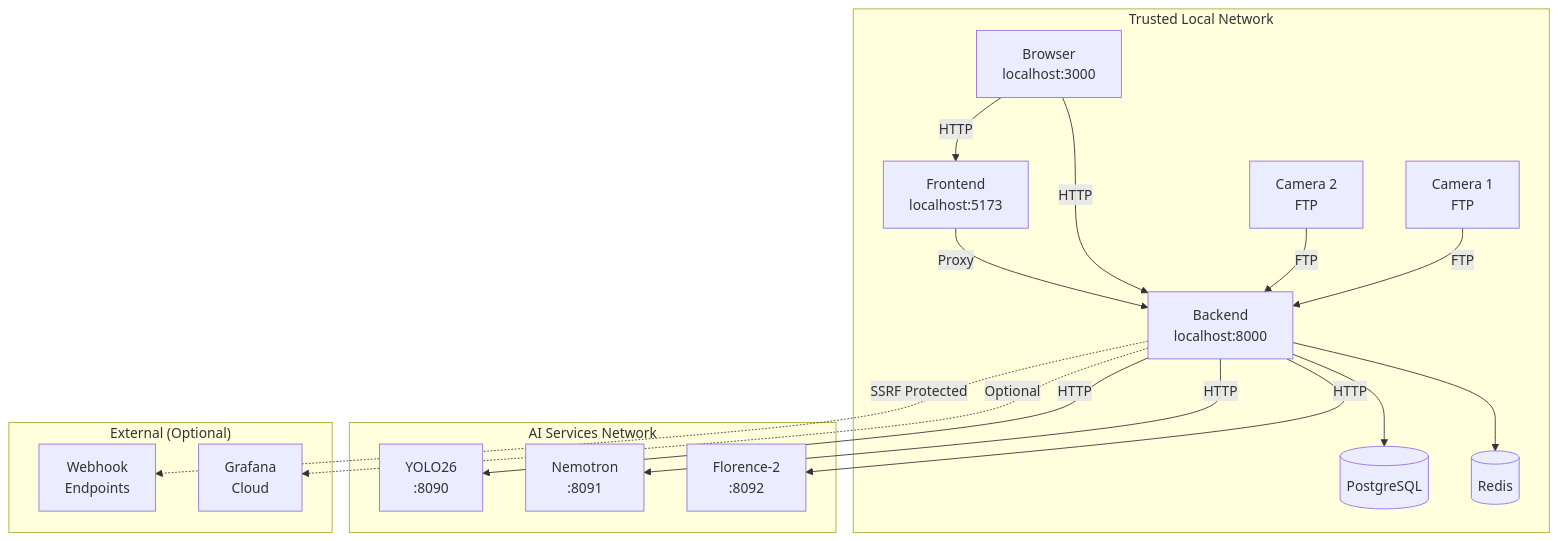
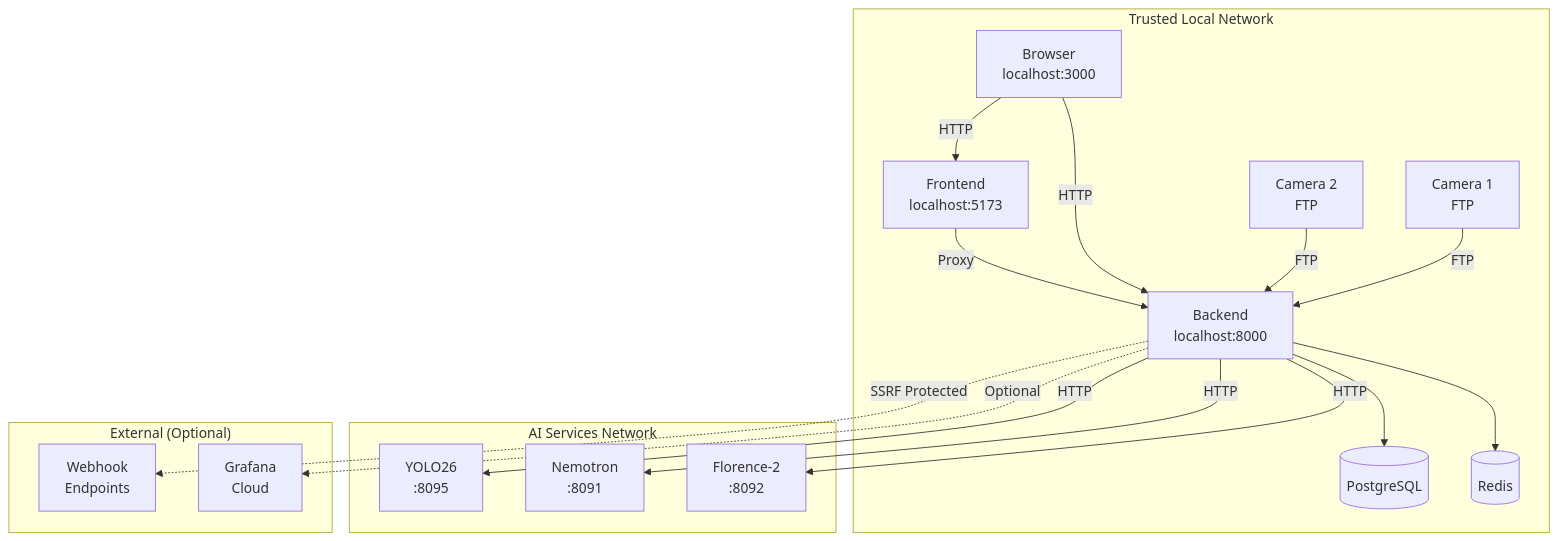
One commit to mikesvoboda/nemotron-v3-home-security-intelligence changed the diagram in docs/architecture/security/network-security.md. Above: the diagram before and after it, drawn with Mermaid. The commit also changed other lines of this file and 109 other files, not shown here.

````diff
--- a/docs/architecture/security/network-security.md
+++ b/docs/architecture/security/network-security.md
@@ -28,36 +28,36 @@
 ```mermaid
 flowchart TB
     subgraph TrustedNetwork["Trusted Local Network"]
         CAM1[Camera 1<br/>FTP]
         CAM2[Camera 2<br/>FTP]
         BROWSER[Browser<br/>localhost:3000]
         BACKEND[Backend<br/>localhost:8000]
         FRONTEND[Frontend<br/>localhost:5173]
         DB[(PostgreSQL)]
         REDIS[(Redis)]
     end
 
     subgraph AIServices["AI Services Network"]
-        YOLO26[YOLO26<br/>:8090]
+        YOLO26[YOLO26<br/>:8095]
         NEMOTRON[Nemotron<br/>:8091]
         FLORENCE[Florence-2<br/>:8092]
     end
 
     subgraph External["External (Optional)"]
         WEBHOOK[Webhook<br/>Endpoints]
         GRAFANA[Grafana<br/>Cloud]
     end
 
     CAM1 -->|FTP| BACKEND
     CAM2 -->|FTP| BACKEND
     BROWSER -->|HTTP| FRONTEND
     BROWSER -->|HTTP| BACKEND
     FRONTEND -->|Proxy| BACKEND
     BACKEND --> DB
     BACKEND --> REDIS
     BACKEND -->|HTTP| YOLO26
     BACKEND -->|HTTP| NEMOTRON
     BACKEND -->|HTTP| FLORENCE
     BACKEND -.->|SSRF Protected| WEBHOOK
     BACKEND -.->|Optional| GRAFANA
 ```
````
